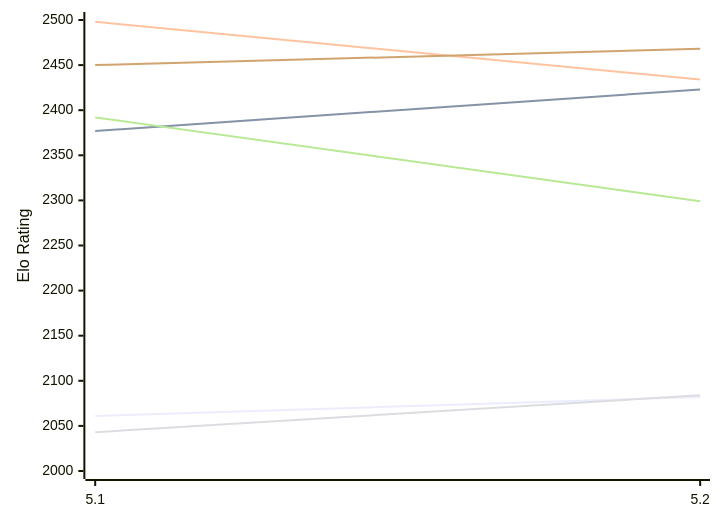
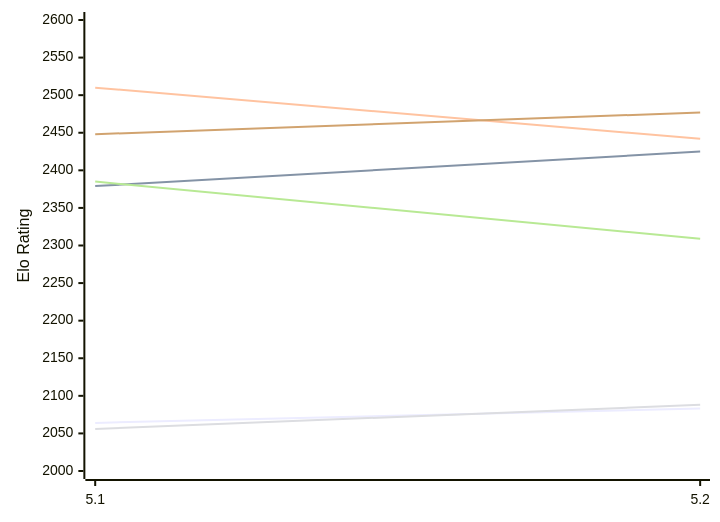
One commit to computer-chess-index/cci changed the first of 2 diagrams in engines/Prophet.md. Above: the diagram before and after it, drawn with Mermaid. The commit also changed other lines of this file, not shown here.

Commit message:
Update CCI Ratings (ELO VLTC) - 2026-11-25

````diff
--- a/engines/Prophet.md
+++ b/engines/Prophet.md
@@ -50,12 +50,12 @@
 ```mermaid
 %%{init: {"theme":"base","themeVariables":{"seriesColors:['#a3a3a3','#222221','#faa371']}}}%%
 xychart-beta
   x-axis ["5.1", "5.2"]
-  y-axis "Elo Rating" 2000 --> 2500
-  line "E1: STC (8.0+0.08s)" [2061, 2082]
-  line "E1: LTC (60.0+0.60s)" [2377, 2423]
-  line "E1: VLTC (2m24s+1.12s)" [2498, 2434]
-  line "P1: STC (8.0+0.08s)" [2043, 2084]
-  line "P1: LTC (60.0+0.60s)" [2392, 2299]
-  line "P1: VLTC (2m24s+1.12s)" [2450, 2468]
+  y-axis "Elo Rating" 2000 --> 2600
+  line "E1: STC (8.0+0.08s)" [2064, 2083]
+  line "E1: LTC (60.0+0.60s)" [2379, 2425]
+  line "E1: VLTC (2m24s+1.12s)" [2510, 2442]
+  line "P1: STC (8.0+0.08s)" [2056, 2088]
+  line "P1: LTC (60.0+0.60s)" [2385, 2309]
+  line "P1: VLTC (2m24s+1.12s)" [2448, 2477]
 ```
````
